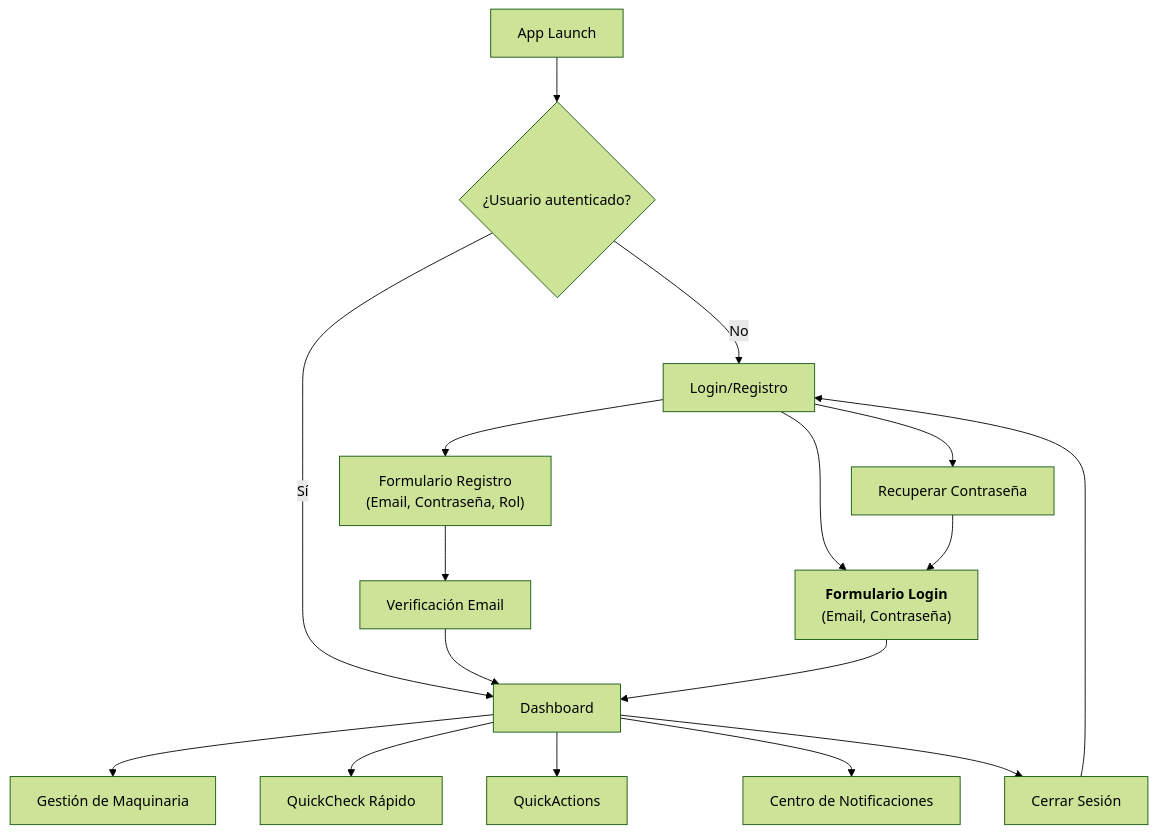
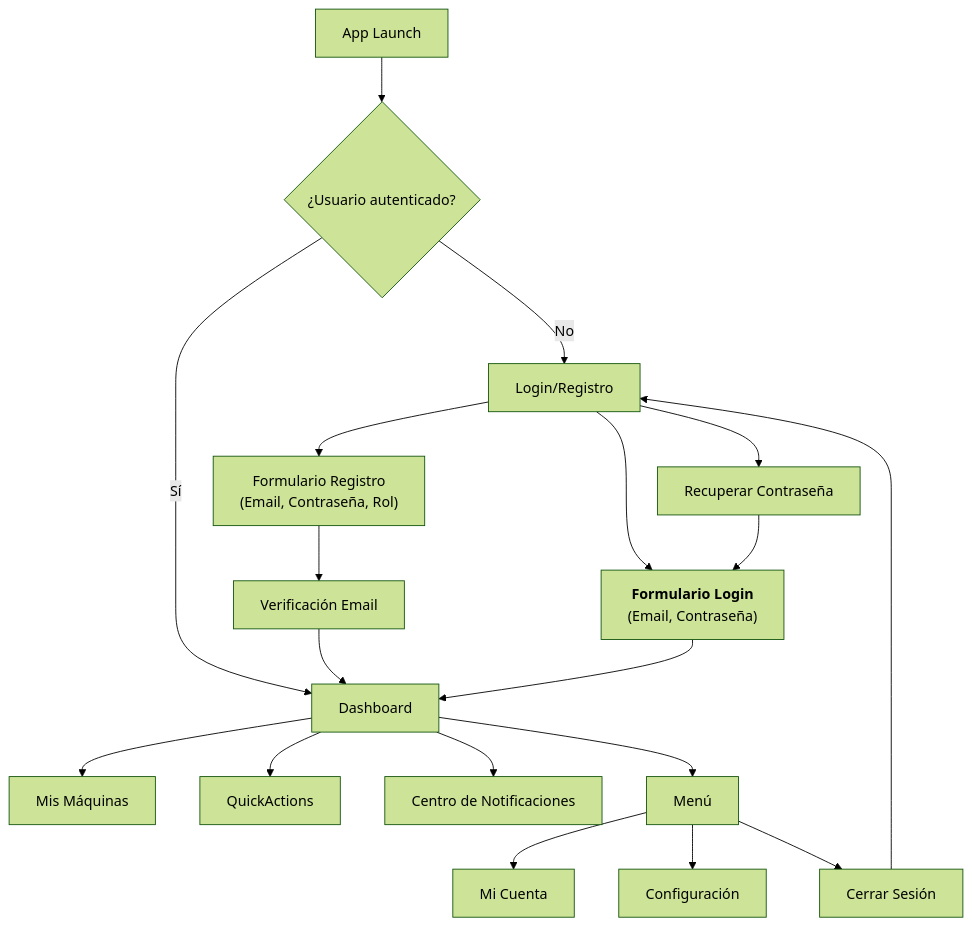
The first of 9 diagrams in docs/userJourney.md (MarkMed/FleetMan), drawn with Mermaid (forest theme) before and after one commit. The commit also changed other lines of this file, not shown here.

Commit message:
Update user journey documentation: refine authentication flow and enhance QuickActions dashboard details

````diff
--- a/docs/userJourney.md
+++ b/docs/userJourney.md
@@ -5,22 +5,25 @@
 ```mermaid
 flowchart TD
     START[App Launch] --> AUTH{¿Usuario autenticado?}
     AUTH -->|No| LOGIN[Login/Registro]
     AUTH -->|Sí| DASH[Dashboard]
     LOGIN --> REGISTER[Formulario Registro<br/>#40;Email, Contraseña, Rol#41;]
     LOGIN --> SIGNIN[<b>Formulario Login</b><br/>#40;Email, Contraseña#41;]
     LOGIN --> FORGOT[Recuperar Contraseña]
 	FORGOT --> SIGNIN
     
     REGISTER --> VERIFY[Verificación Email]
     VERIFY --> DASH
     SIGNIN --> DASH
     
-    DASH --> MACHINES[Gestión de Maquinaria]
-    DASH --> QUICKCHECK[QuickCheck Rápido]
+    DASH --> MACHINES[Mis Máquinas]
     DASH --> QUICKACTIONS[QuickActions]
     DASH --> NOTIFICATIONS[Centro de Notificaciones]
-    DASH --> LOGOUT[Cerrar Sesión]
+    DASH --> MENU[Menú]
+    
+    MENU --> ACCOUNT[Mi Cuenta]
+    MENU --> SETTINGS[Configuración]
+    MENU --> LOGOUT[Cerrar Sesión]
     
     LOGOUT --> LOGIN
 ```
````
